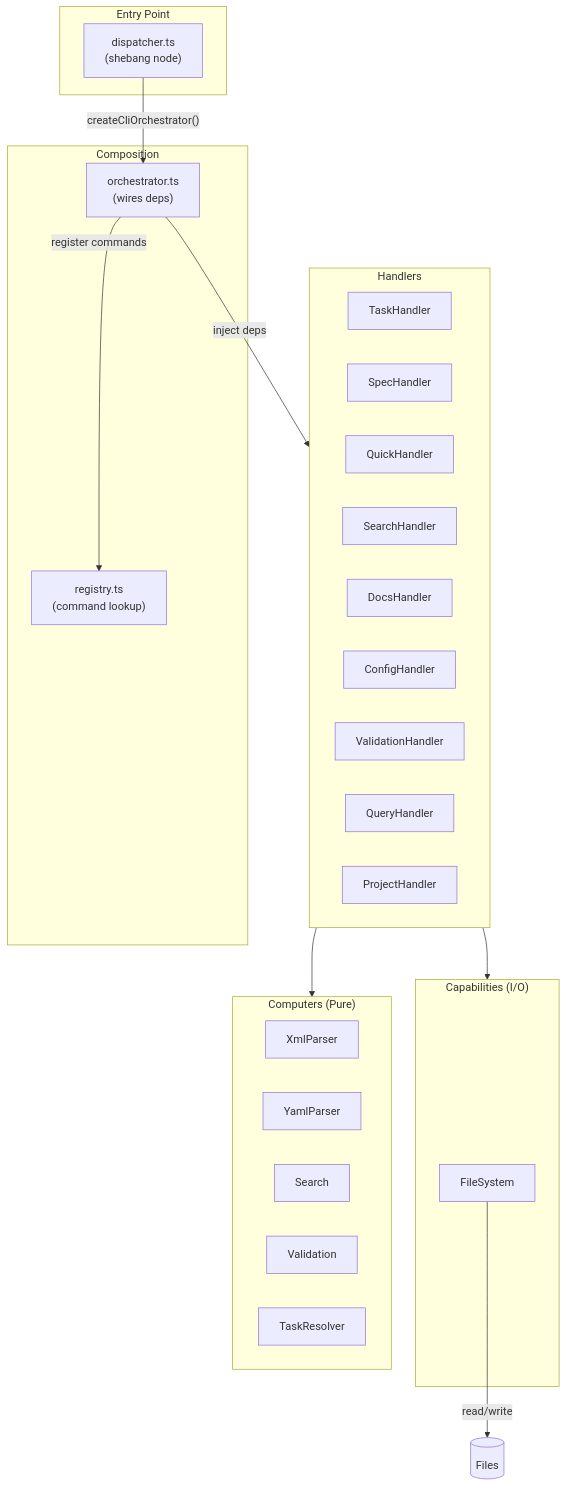
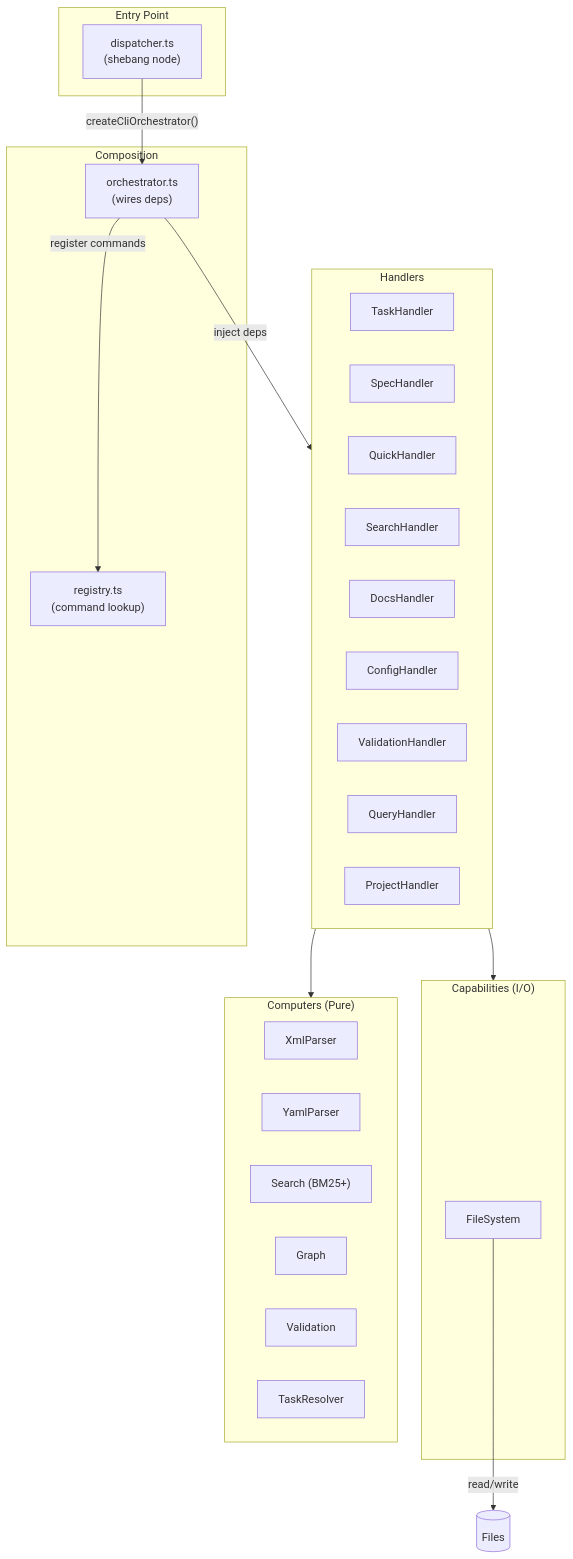
One commit to mattfletcher94/festinalente changed the first of 2 diagrams in .festinalente/engineering/systems/cli/_index.md. Above: the diagram before and after it, drawn with Mermaid. The commit also changed other lines of this file and 3 other files, not shown here.

Commit message:
docs(#80): product+engineering - BM25 search and graph expansion docs

````diff
--- a/.festinalente/engineering/systems/cli/_index.md
+++ b/.festinalente/engineering/systems/cli/_index.md
@@ -64,44 +65,45 @@
 ```mermaid
 flowchart TB
     subgraph Entry["Entry Point"]
         DISP["dispatcher.ts<br/>(shebang node)"]
     end
 
     subgraph Composition["Composition"]
         ORCH["orchestrator.ts<br/>(wires deps)"]
         REG["registry.ts<br/>(command lookup)"]
     end
 
     subgraph Handlers["Handlers"]
         TASK["TaskHandler"]
         SPEC["SpecHandler"]
         QUICK["QuickHandler"]
         SEARCH["SearchHandler"]
         DOCS["DocsHandler"]
         CONFIG["ConfigHandler"]
         VALID["ValidationHandler"]
         QUERY["QueryHandler"]
         PROJECT["ProjectHandler"]
     end
 
     subgraph Capabilities["Capabilities (I/O)"]
         FS["FileSystem"]
     end
 
     subgraph Computers["Computers (Pure)"]
         XML["XmlParser"]
         YAML["YamlParser"]
-        SRCH["Search"]
+        SRCH["Search (BM25+)"]
+        GRAPH["Graph"]
         VAL["Validation"]
         TRES["TaskResolver"]
     end
 
     DISP -->|"createCliOrchestrator()"| ORCH
     ORCH -->|"register commands"| REG
     ORCH -->|"inject deps"| Handlers
 
     Handlers --> Capabilities
     Handlers --> Computers
 
     FS -->|"read/write"| DB[(Files)]
 ```
````
